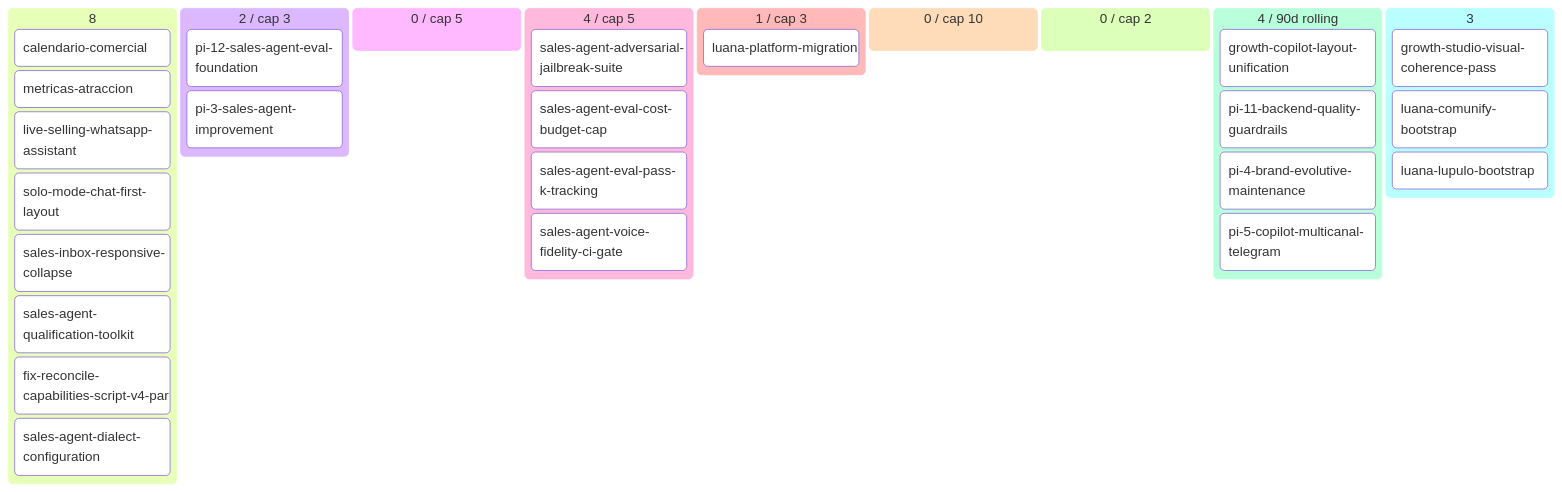
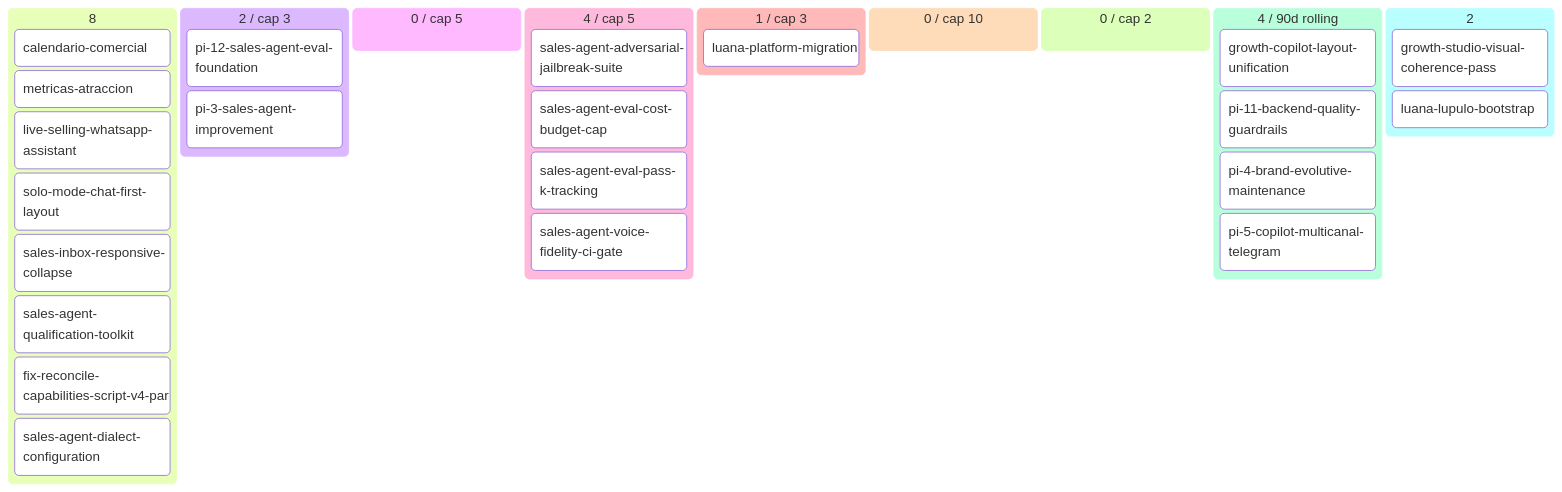
Before and after one commit to alpacapurpura/ap_sales_agent: the diagram in docs/product/BACKLOG.md, drawn with Mermaid. The commit also changed other lines of this file and 3 other files, not shown here.

````diff
--- a/docs/product/BACKLOG.md
+++ b/docs/product/BACKLOG.md
@@ -60,34 +59,33 @@
 ```mermaid
 kanban
   💡 Ideas (8)
     calendario-comercial[calendario-comercial]
     metricas-atraccion[metricas-atraccion]
     live-selling-whatsapp-assistan[live-selling-whatsapp-assistant]
     solo-mode-chat-first-layout[solo-mode-chat-first-layout]
     sales-inbox-responsive-collaps[sales-inbox-responsive-collapse]
     sales-agent-qualification-tool[sales-agent-qualification-toolkit]
     fix-reconcile-capabilities-scr[fix-reconcile-capabilities-script-v4-par]
     sales-agent-dialect-configurat[sales-agent-dialect-configuration]
   🔬 Refining (2 / cap 3)
     pi-12-sales-agent-eval-foundat[pi-12-sales-agent-eval-foundation]
     pi-3-sales-agent-improvement[pi-3-sales-agent-improvement]
   ✅ Refined (0 / cap 5)
   📦 Ready (4 / cap 5)
     sales-agent-adversarial-jailbr[sales-agent-adversarial-jailbreak-suite]
     sales-agent-eval-cost-budget-c[sales-agent-eval-cost-budget-cap]
     sales-agent-eval-pass-k-tracki[sales-agent-eval-pass-k-tracking]
     sales-agent-voice-fidelity-ci-[sales-agent-voice-fidelity-ci-gate]
   🔨 Developing (1 / cap 3)
     luana-platform-migration[luana-platform-migration]
   🧪 Developed (0 / cap 10)
   🔍 Reviewing (0 / cap 2)
   ✅ Done (4 / 90d rolling)
     growth-copilot-layout-unificat[growth-copilot-layout-unification]
     pi-11-backend-quality-guardrai[pi-11-backend-quality-guardrails]
     pi-4-brand-evolutive-maintenan[pi-4-brand-evolutive-maintenance]
     pi-5-copilot-multicanal-telegr[pi-5-copilot-multicanal-telegram]
-  🅿 Parked (3)
+  🅿 Parked (2)
     growth-studio-visual-coherence[growth-studio-visual-coherence-pass]
-    luana-comunify-bootstrap[luana-comunify-bootstrap]
     luana-lupulo-bootstrap[luana-lupulo-bootstrap]
 ```
````
